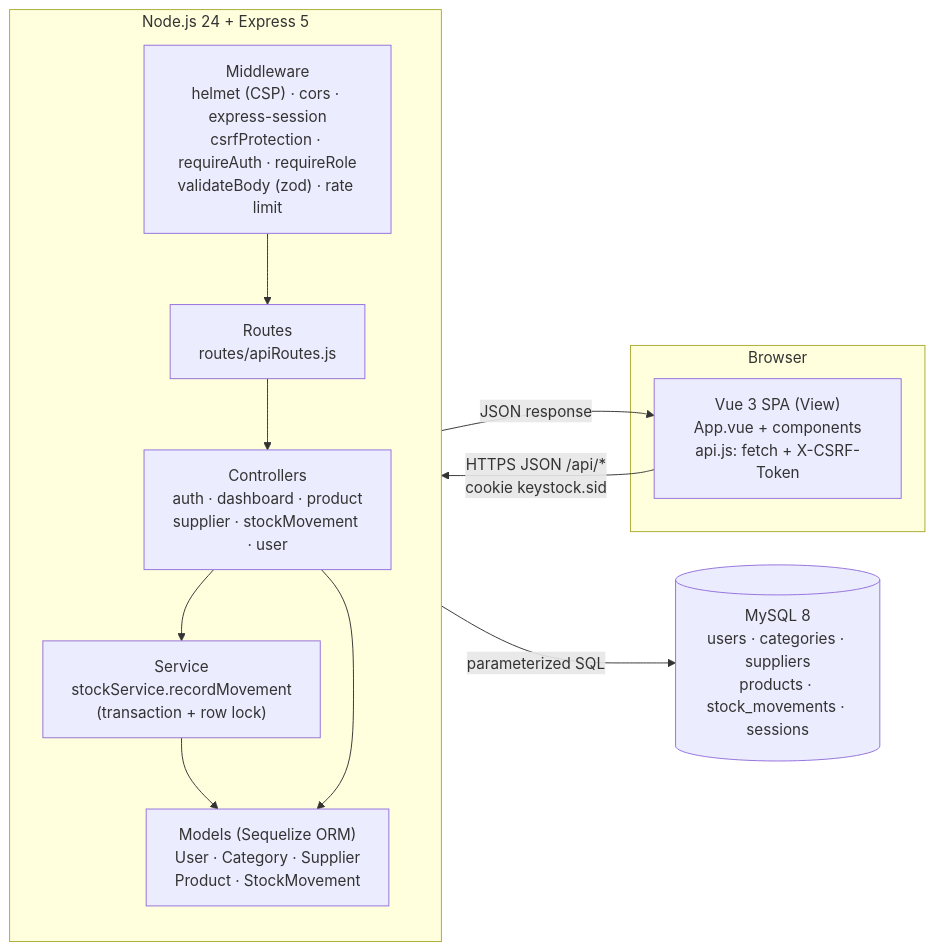
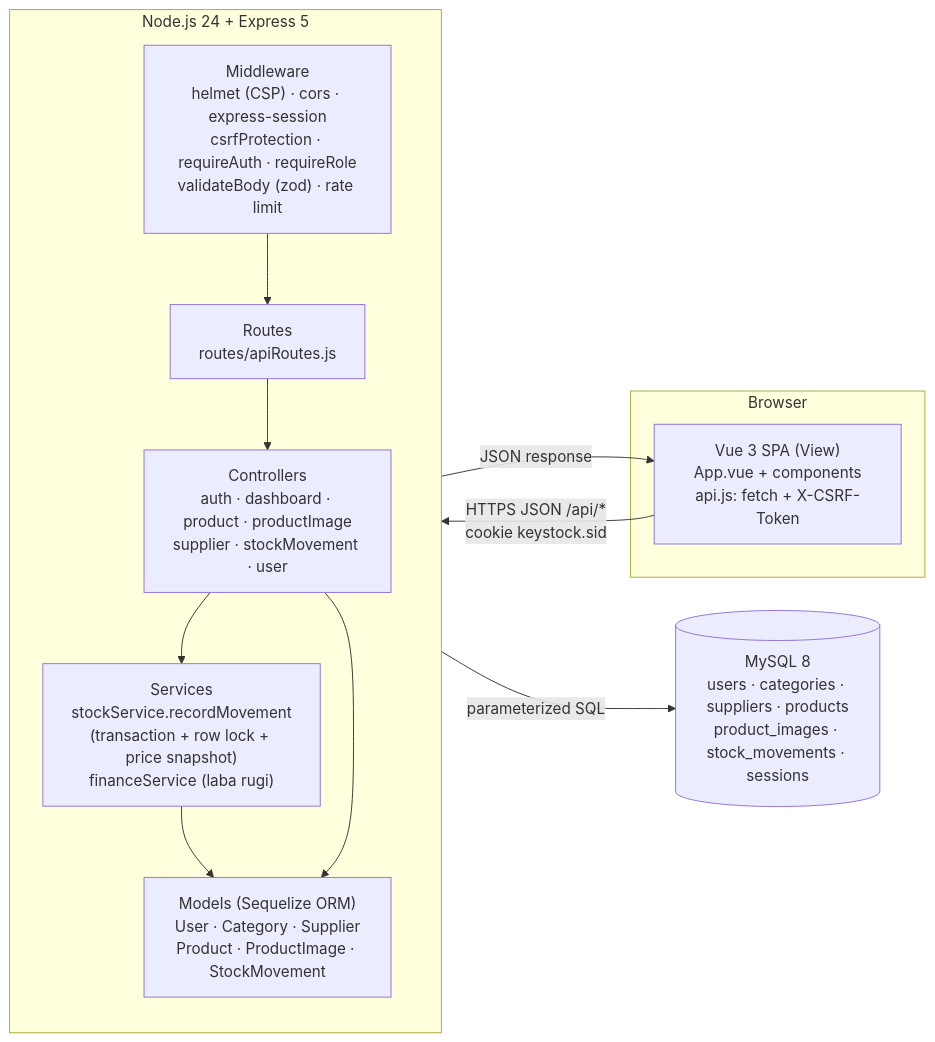
Before and after one commit to muhwal21/mechanical-keyboard-inventory: the diagram in docs/architecture.mmd, drawn with Mermaid. The commit also changed 9 other files, not shown here.

First line of the commit message:
docs: update ERD, schema, diagrams, and guides for photos, finance, and racks

```diff
--- a/docs/architecture.mmd
+++ b/docs/architecture.mmd
@@ -1,19 +1,19 @@
 flowchart LR
   subgraph Browser
     vue["Vue 3 SPA (View)\nApp.vue + components\napi.js: fetch + X-CSRF-Token"]
   end
   subgraph Server["Node.js 24 + Express 5"]
     direction TB
     mw["Middleware\nhelmet (CSP) · cors · express-session\ncsrfProtection · requireAuth · requireRole\nvalidateBody (zod) · rate limit"]
     routes["Routes\nroutes/apiRoutes.js"]
-    ctrl["Controllers\nauth · dashboard · product\nsupplier · stockMovement · user"]
-    svc["Service\nstockService.recordMovement\n(transaction + row lock)"]
-    models["Models (Sequelize ORM)\nUser · Category · Supplier\nProduct · StockMovement"]
+    ctrl["Controllers\nauth · dashboard · product · productImage\nsupplier · stockMovement · user"]
+    svc["Services\nstockService.recordMovement\n(transaction + row lock + price snapshot)\nfinanceService (laba rugi)"]
+    models["Models (Sequelize ORM)\nUser · Category · Supplier\nProduct · ProductImage · StockMovement"]
     mw --> routes --> ctrl
     ctrl --> svc --> models
     ctrl --> models
   end
-  db[("MySQL 8\nusers · categories · suppliers\nproducts · stock_movements · sessions")]
+  db[("MySQL 8\nusers · categories · suppliers · products\nproduct_images · stock_movements · sessions")]
   vue -- "HTTPS JSON /api/*\ncookie keystock.sid" --> mw
   models -- "parameterized SQL" --> db
   ctrl -- "JSON response" --> vue
```
